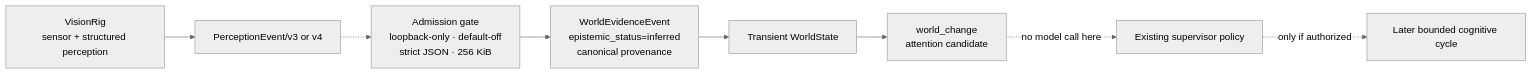
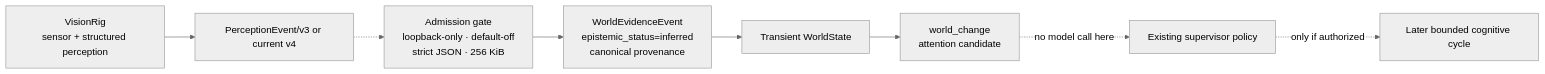
One commit to Ternedal/ModelRig changed the diagram in docs/consciousness-core/VISIONRIG_ADMISSION.md. Above: the diagram before and after it, drawn with Mermaid (neutral theme). The commit also changed other lines of this file and 5 other files, not shown here.

````diff
--- a/docs/consciousness-core/VISIONRIG_ADMISSION.md
+++ b/docs/consciousness-core/VISIONRIG_ADMISSION.md
@@ -6,19 +6,19 @@
 ```mermaid
 flowchart LR
     V["VisionRig<br/>sensor + structured perception"]
-    P["PerceptionEvent/v3 or v4"]
+    P["PerceptionEvent/v3 or current v4"]
     G["Admission gate<br/>loopback-only · default-off<br/>strict JSON · 256 KiB"]
     E["WorldEvidenceEvent<br/>epistemic_status=inferred<br/>canonical provenance"]
     W["Transient WorldState"]
     A["world_change<br/>attention candidate"]
     S["Existing supervisor policy"]
     C["Later bounded cognitive cycle"]
 
     V --> P
     P -.-> G
     G --> E
     E --> W
     W --> A
     A -. "no model call here" .-> S
     S -. "only if authorized" .-> C
 ```
````
